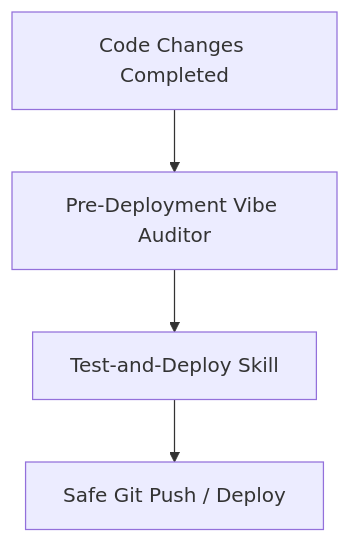
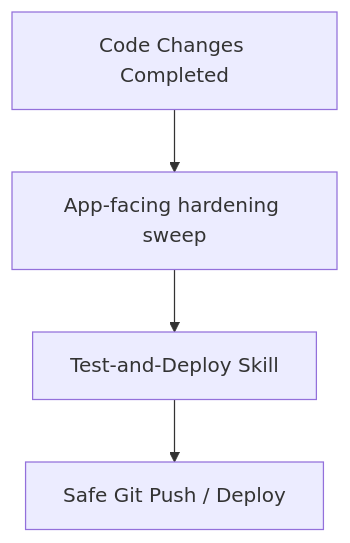
Before and after one commit to CMC-27/pass-the-parcel: the third of 3 diagrams in HOW-TO.md, drawn with Mermaid. The commit also changed 8 other files, not shown here.

````diff
--- a/HOW-TO.md
+++ b/HOW-TO.md
@@ -89,6 +89,6 @@
 ```mermaid
 graph TD
-    A[Code Changes Completed] --> B[Pre-Deployment Vibe Auditor]
+    A[Code Changes Completed] --> B[App-facing hardening sweep]
     B --> C[Test-and-Deploy Skill]
     C --> D[Safe Git Push / Deploy]
 ```
````
